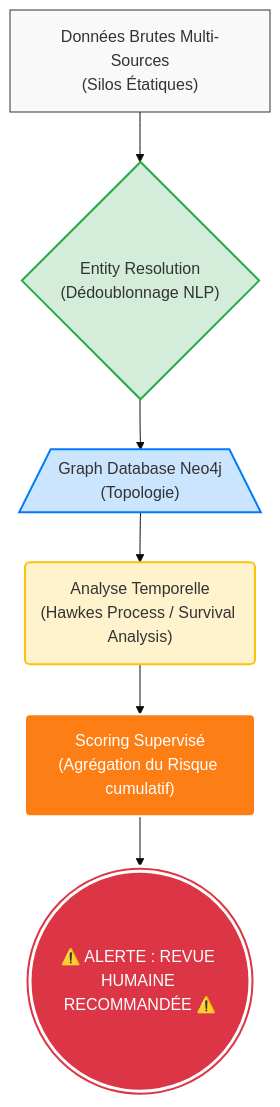
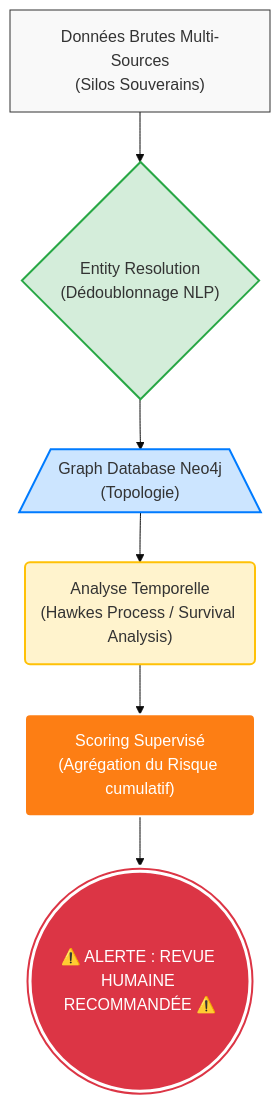
One commit to nolll77/cass changed the diagram in FICHIER_TECHNIQUE.md. Above: the diagram before and after it, drawn with Mermaid (base theme). The commit also changed other lines of this file and 11 other files, not shown here.

````diff
--- a/FICHIER_TECHNIQUE.md
+++ b/FICHIER_TECHNIQUE.md
@@ -203,15 +203,15 @@
 ```mermaid
 graph TD
-    A["Données Brutes Multi-Sources<br/>(Silos Étatiques)"] --> B{"Entity Resolution<br/>(Dédoublonnage NLP)"}
+    A["Données Brutes Multi-Sources<br/>(Silos Souverains)"] --> B{"Entity Resolution<br/>(Dédoublonnage NLP)"}
     B --> C[/"Graph Database Neo4j<br/>(Topologie)"\]
     C --> D("Analyse Temporelle<br/>(Hawkes Process / Survival Analysis)")
     D --> E("Scoring Supervisé<br/>(Agrégation du Risque cumulatif)")
     E --> F((("⚠️ ALERTE : REVUE HUMAINE RECOMMANDÉE ⚠️")))
     
     style A fill:#f9f9f9,stroke:#333,stroke-width:1px
     style B fill:#d4edda,stroke:#28a745,stroke-width:2px
     style C fill:#cce5ff,stroke:#007bff,stroke-width:2px
     style D fill:#fff3cd,stroke:#ffc107,stroke-width:2px
     style E fill:#fd7e14,stroke:#fff,stroke-width:2px,color:#fff
     style F fill:#dc3545,stroke:#fff,stroke-width:3px,color:#fff
 ```
````
